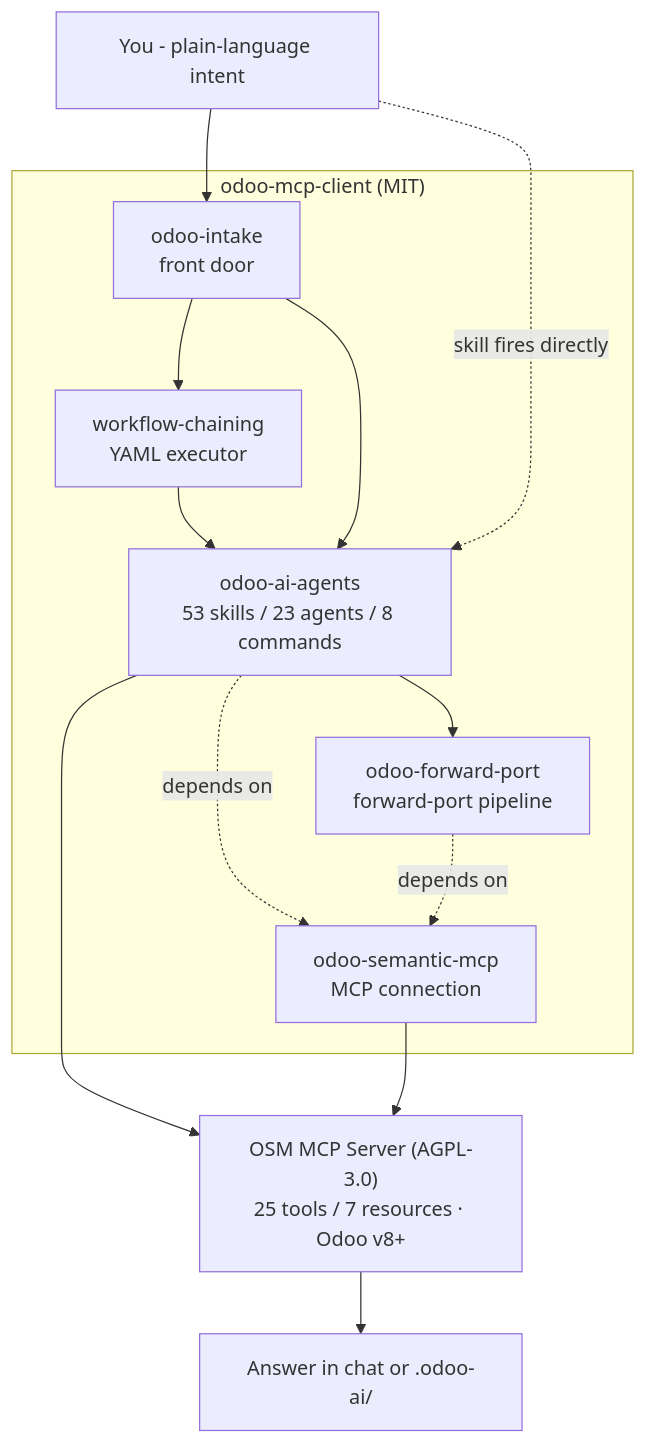
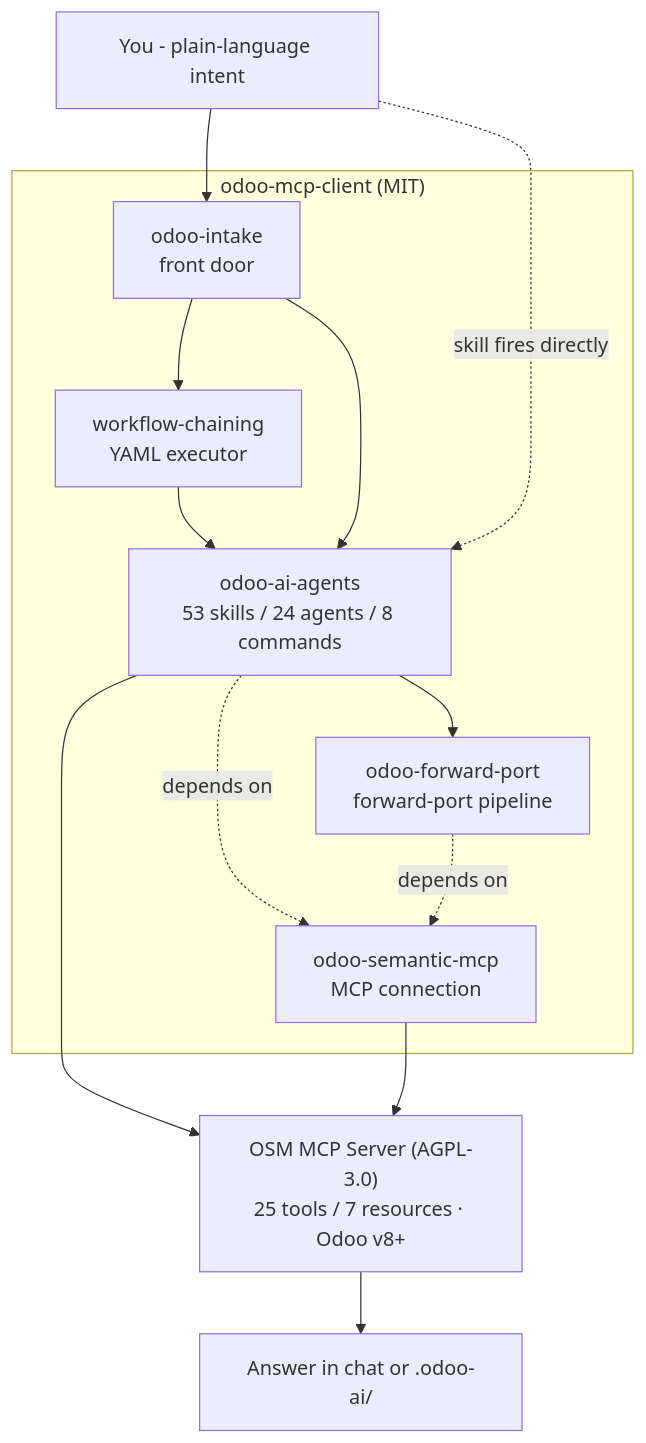
One commit to Viindoo/odoo-mcp-client changed the diagram in README.md. Above: the diagram before and after it, drawn with Mermaid. The commit also changed other lines of this file and 20 other files, not shown here.

First line of the commit message:
refactor(odoo-ai-agents): split doc-illustrator into audience-pure user-doc-writer + marketing-writer; skill owns orchestration

````diff
--- a/README.md
+++ b/README.md
@@ -13,26 +13,26 @@
 ```mermaid
 flowchart TD
     You["You - plain-language intent"]
 
     subgraph client["odoo-mcp-client (MIT)"]
         intake["odoo-intake<br/>front door"]
         wfrunner["workflow-chaining<br/>YAML executor"]
-        skills["odoo-ai-agents<br/>53 skills / 23 agents / 8 commands"]
+        skills["odoo-ai-agents<br/>53 skills / 24 agents / 8 commands"]
         fp["odoo-forward-port<br/>forward-port pipeline"]
         mcp["odoo-semantic-mcp<br/>MCP connection"]
         intake --> wfrunner --> skills
         intake --> skills
         skills --> fp
         skills -. depends on .-> mcp
         fp -. depends on .-> mcp
     end
 
     server["OSM MCP Server (AGPL-3.0)<br/>25 tools / 7 resources · Odoo v8+"]
     out["Answer in chat or .odoo-ai/"]
 
     You --> intake
     You -. "skill fires directly" .-> skills
     skills --> server
     mcp --> server
     server --> out
 ```
````
